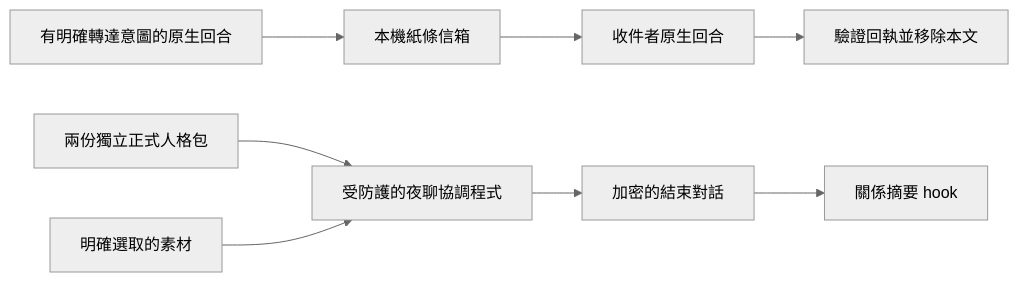
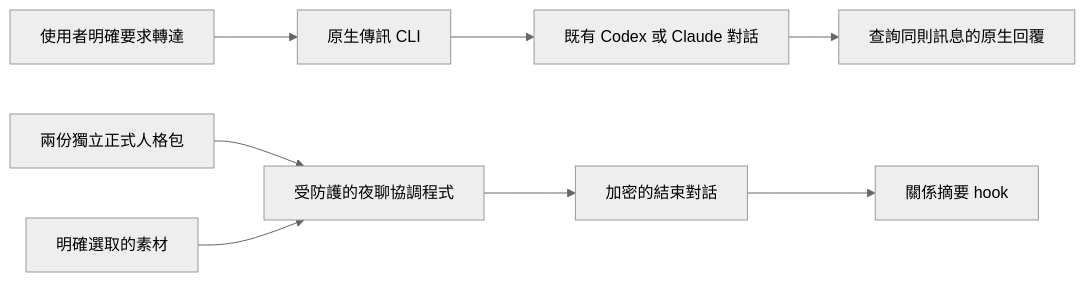
One commit to KerberosClaw/kc_agent_a2a changed the second of 2 diagrams in docs/architecture.md. Above: the diagram before and after it, drawn with Mermaid (neutral theme). The commit also changed other lines of this file and 41 other files, not shown here.

````diff
--- a/docs/architecture.md
+++ b/docs/architecture.md
@@ -34,10 +34,10 @@
 ```mermaid
 flowchart LR
-    N[有明確轉達意圖的原生回合] --> Mail[本機紙條信箱]
-    Mail --> Receiver[收件者原生回合]
-    Receiver --> Receipt[驗證回執並移除本文]
+    N[使用者明確要求轉達] --> CLI[原生傳訊 CLI]
+    CLI --> Receiver[既有 Codex 或 Claude 對話]
+    Receiver --> Receipt[查詢同則訊息的原生回覆]
     Packs[兩份獨立正式人格包] --> Night[受防護的夜聊協調程式]
     Materials[明確選取的素材] --> Night
     Night --> Archive[加密的結束對話]
     Archive --> Digest[關係摘要 hook]
 ```
````
